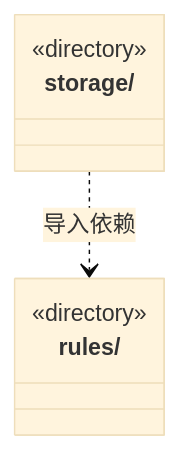
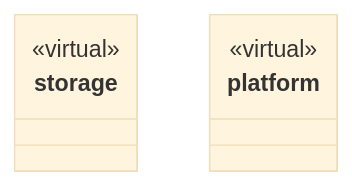
One commit to nan023062/cbim changed the second of 2 diagrams in src/logic/execution/ARCHITECTURE.md. Above: the diagram before and after it, drawn with Mermaid (base theme). The commit also changed other lines of this file and 158 other files, not shown here.

Commit message:
docs: model architecture through nested virtual encapsulations

````diff
--- a/src/logic/execution/ARCHITECTURE.md
+++ b/src/logic/execution/ARCHITECTURE.md
@@ -60,10 +57,11 @@
 ```mermaid
 classDiagram
-class N_src_logic_execution_rules["rules/"] {
-  <<directory>>
+class N_60848e8bac6e["storage"] {
+  <<virtual>>
 }
-class N_src_logic_execution_storage["storage/"] {
-  <<directory>>
+click N_60848e8bac6e href "storage/ARCHITECTURE.md"
+class N_dd1359259d68["platform"] {
+  <<virtual>>
 }
-N_src_logic_execution_storage ..> N_src_logic_execution_rules : 导入依赖
+click N_dd1359259d68 href "platform/ARCHITECTURE.md"
 ```
````
